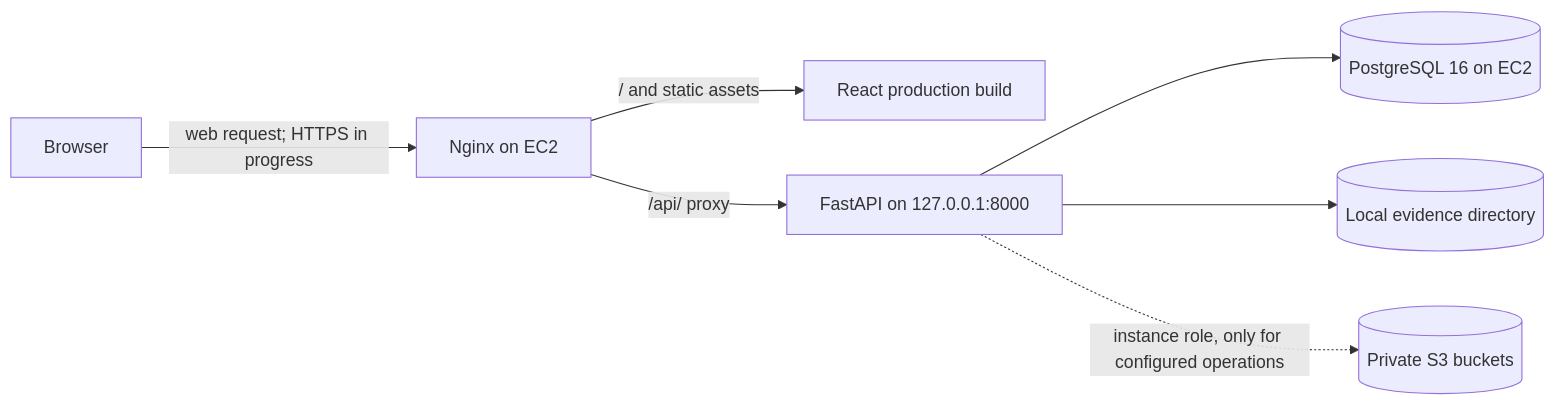
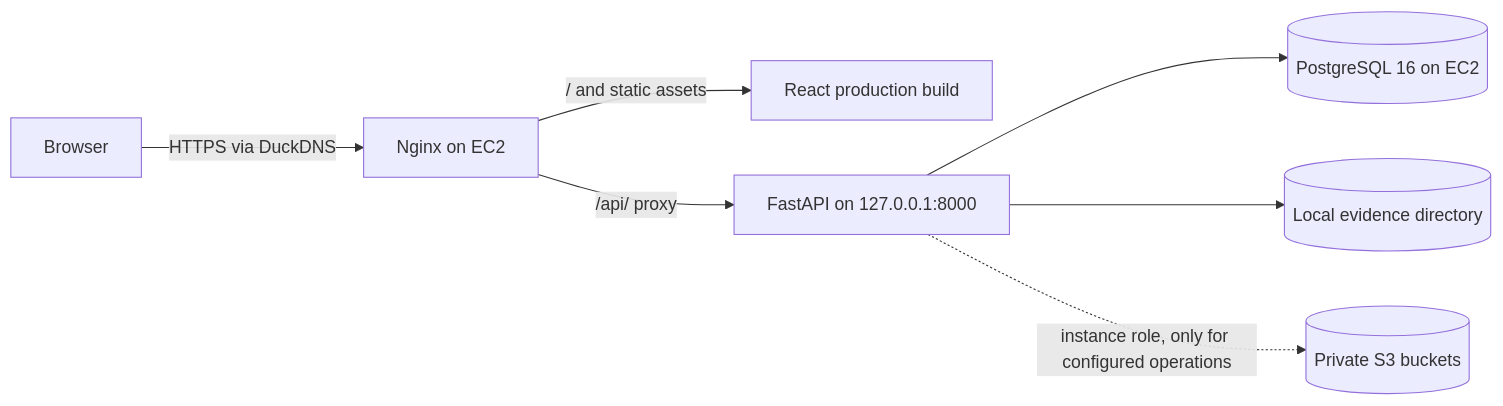
One commit to shikhar-sahay/provena changed the diagram in docs/aws-deployment.md. Above: the diagram before and after it, drawn with Mermaid. The commit also changed other lines of this file and 5 other files, not shown here.

````diff
--- a/docs/aws-deployment.md
+++ b/docs/aws-deployment.md
@@ -25,9 +28,9 @@
 ```mermaid
 flowchart LR
-    B[Browser] -->|"web request; HTTPS in progress"| N[Nginx on EC2]
+    B[Browser] -->|"HTTPS via DuckDNS"| N[Nginx on EC2]
     N -->|"/ and static assets"| SPA[React production build]
     N -->|"/api/ proxy"| API[FastAPI on 127.0.0.1:8000]
     API --> PG[(PostgreSQL 16 on EC2)]
     API --> FILES[(Local evidence directory)]
     API -. "instance role, only for configured operations" .-> S3[(Private S3 buckets)]
 ```
````
